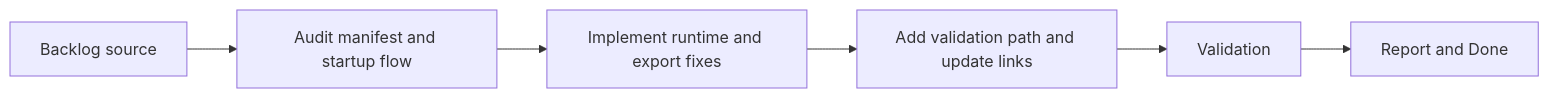
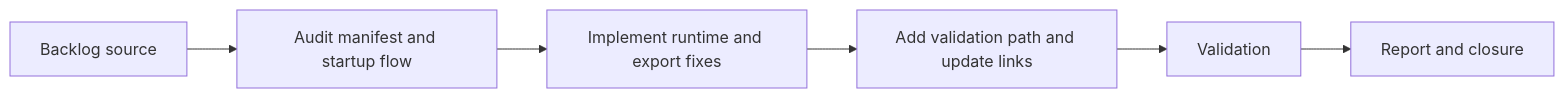
One commit to AlexAgo83/cde changed the diagram in logics/tasks/task_000_stabilize_mod_loading_packaging_and_export_consistency.md. Above: the diagram before and after it, drawn with Mermaid. The commit also changed other lines of this file and 43 other files, not shown here.

Commit message:
Add incremental rewrite roadmap and executable tasks

````diff
--- a/logics/tasks/task_000_stabilize_mod_loading_packaging_and_export_consistency.md
+++ b/logics/tasks/task_000_stabilize_mod_loading_packaging_and_export_consistency.md
@@ -17,8 +17,8 @@
 ```mermaid
 flowchart LR
     Backlog[Backlog source] --> Step1[Audit manifest and startup flow]
     Step1 --> Step2[Implement runtime and export fixes]
     Step2 --> Step3[Add validation path and update links]
     Step3 --> Validation[Validation]
-    Validation --> Report[Report and Done]
+    Validation --> Report[Report and closure]
 ```
````
